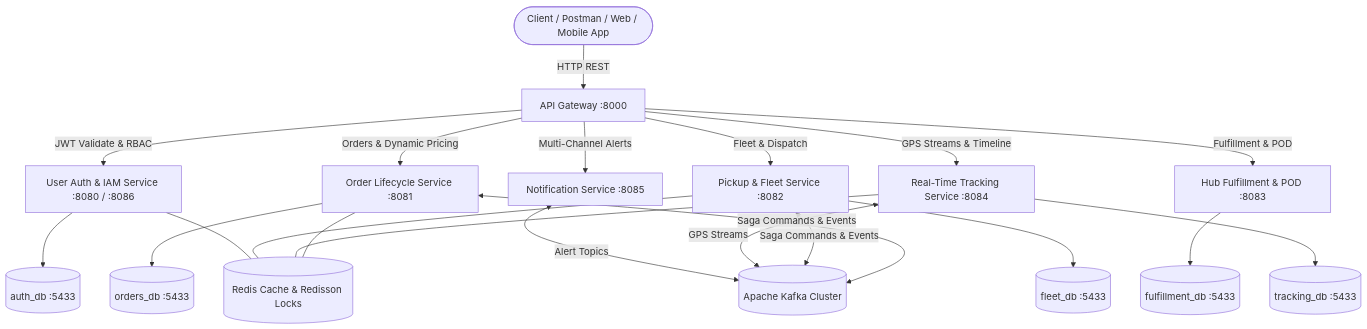
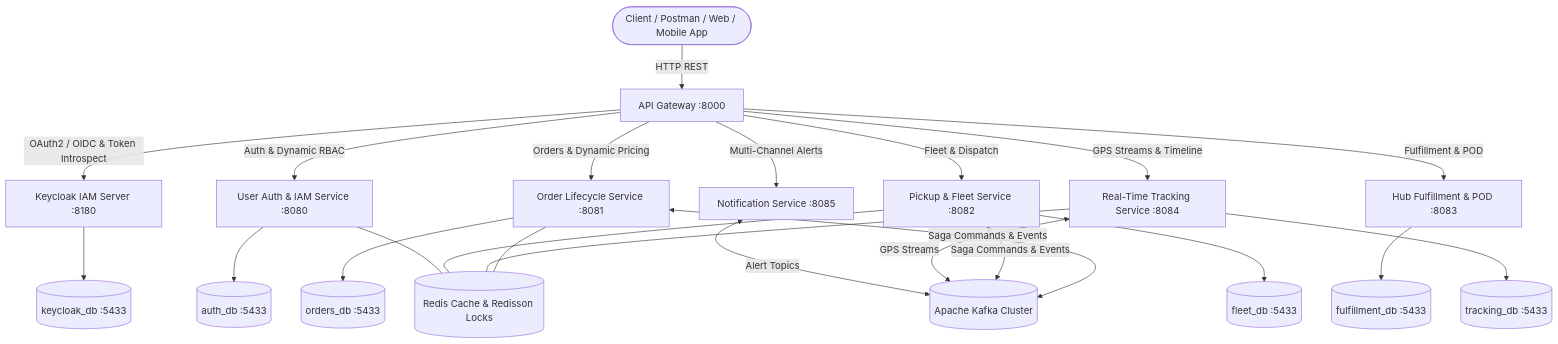
The diagram in README.md (vanlinh00/Logistics_Delivery_Microservices_Platform), drawn with Mermaid before and after one commit. The commit also changed other lines of this file, not shown here.

First line of the commit message:
docs: update README with Keycloak and stack details

````diff
--- a/README.md
+++ b/README.md
@@ -17,27 +18,29 @@
 ```mermaid
 graph TD
     Client([Client / Postman / Web / Mobile App]) -->|HTTP REST| Gateway[API Gateway :8000]
     
-    Gateway -->|JWT Validate & RBAC| AuthService[User Auth & IAM Service :8080 / :8086]
+    Gateway -->|OAuth2 / OIDC & Token Introspect| Keycloak[Keycloak IAM Server :8180]
+    Gateway -->|Auth & Dynamic RBAC| AuthService[User Auth & IAM Service :8080]
     Gateway -->|Orders & Dynamic Pricing| OrderService[Order Lifecycle Service :8081]
     Gateway -->|Fleet & Dispatch| FleetService[Pickup & Fleet Service :8082]
     Gateway -->|Fulfillment & POD| FulfillmentService[Hub Fulfillment & POD :8083]
     Gateway -->|GPS Streams & Timeline| TrackingService[Real-Time Tracking Service :8084]
     Gateway -->|Multi-Channel Alerts| NotifService[Notification Service :8085]
 
     OrderService <-->|Saga Commands & Events| Kafka[(Apache Kafka Cluster)]
     FleetService <-->|Saga Commands & Events| Kafka
     TrackingService <-->|GPS Streams| Kafka
     NotifService <-->|Alert Topics| Kafka
 
     OrderService --- Redis[(Redis Cache & Redisson Locks)]
     TrackingService --- Redis
     FleetService --- Redis
     AuthService --- Redis
 
     OrderService --> DB1[(orders_db :5433)]
     FleetService --> DB2[(fleet_db :5433)]
     FulfillmentService --> DB3[(fulfillment_db :5433)]
     TrackingService --> DB4[(tracking_db :5433)]
     AuthService --> DB5[(auth_db :5433)]
+    Keycloak --> DB6[(keycloak_db :5433)]
 ```
````
